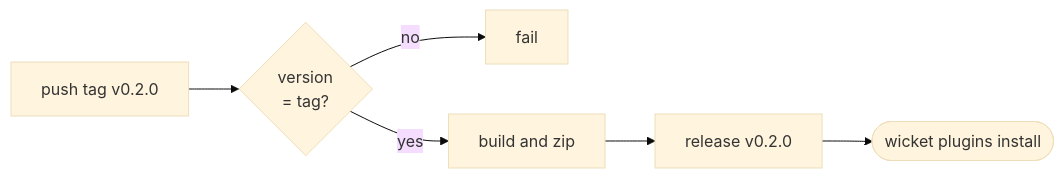
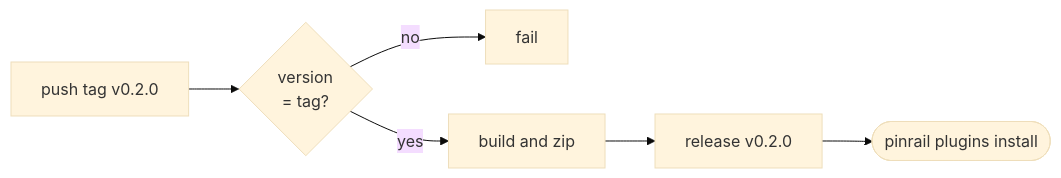
One commit to forgeplane/pinrail changed the diagram in docs/building/publishing.md. Above: the diagram before and after it, drawn with Mermaid (base theme). The commit also changed other lines of this file and 248 other files, not shown here.

Commit message:
Rename Wicket to Pinrail

````diff
--- a/docs/building/publishing.md
+++ b/docs/building/publishing.md
@@ -27,8 +27,8 @@
 ```mermaid title="From a tag to an install"
 flowchart LR
   T["push tag v0.2.0"] --> C{"version<br/>= tag?"}
   C -->|"no"| X["fail"]
   C -->|"yes"| B["build and zip"]
   B --> R["release v0.2.0"]
-  R --> I(["wicket plugins install"]):::you
+  R --> I(["pinrail plugins install"]):::you
 ```
````
